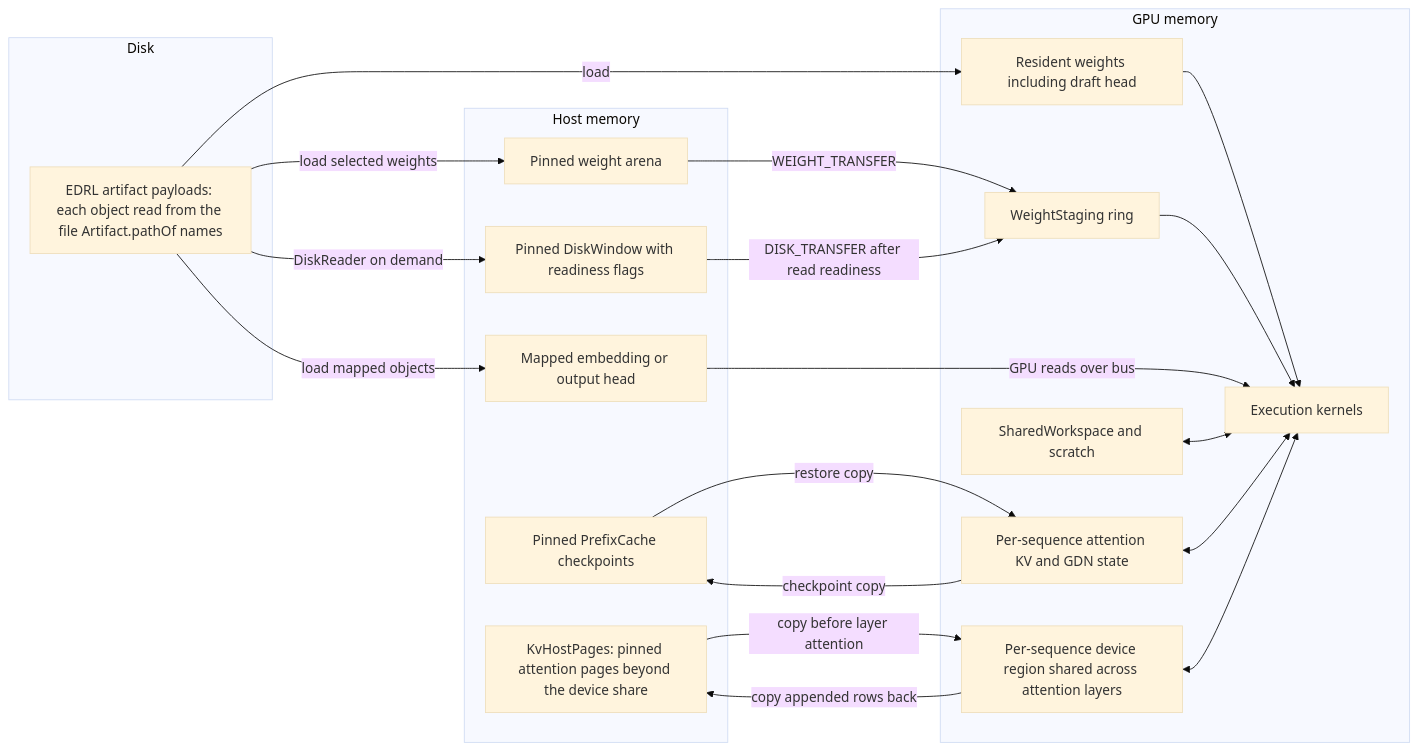
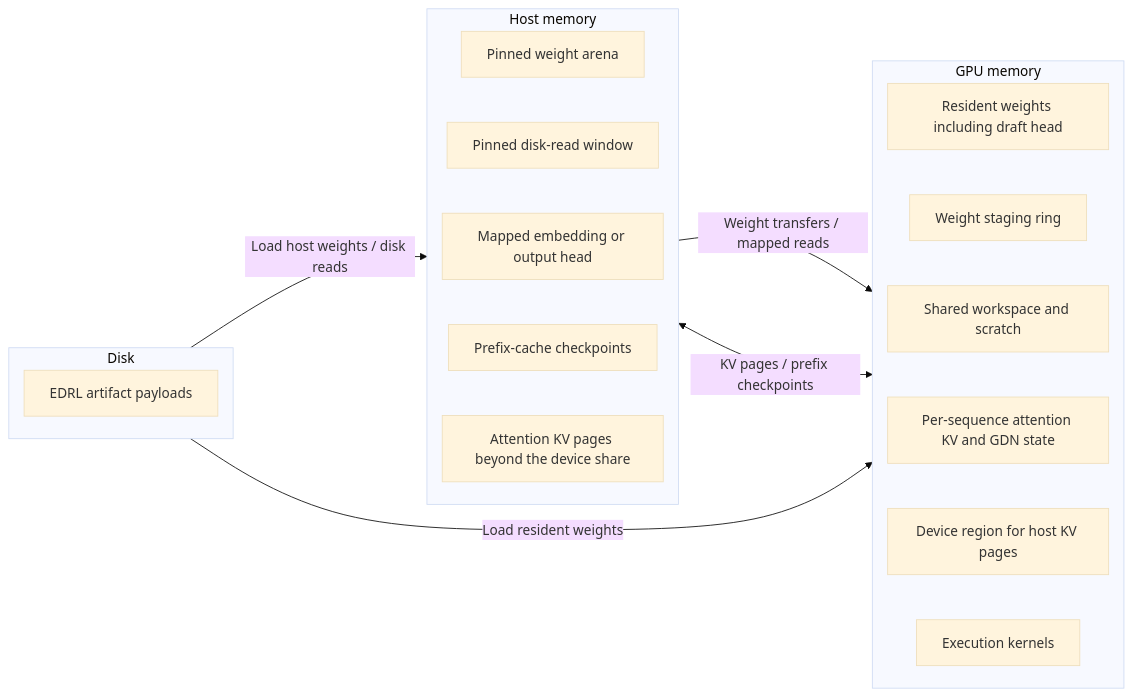
One commit to Euhedral-Engine/Euhedral changed the diagram in docs/architecture/04-memory-architecture.md. Above: the diagram before and after it, drawn with Mermaid (base theme). The commit also changed other lines of this file, not shown here.

Commit message:
docs: arrange memory diagram as disk, host, and GPU columns

````diff
--- a/docs/architecture/04-memory-architecture.md
+++ b/docs/architecture/04-memory-architecture.md
@@ -5,37 +5,31 @@
 ```mermaid
+%%{init: {"flowchart": {"nodeSpacing": 16, "rankSpacing": 28}}}%%
 flowchart LR
     subgraph Disk[Disk]
-        E[EDRL artifact payloads: each object read from the file Artifact.pathOf names]
+        direction TB
+        E[EDRL artifact payloads]
     end
     subgraph Host[Host memory]
+        direction TB
         Arena[Pinned weight arena]
-        Window[Pinned DiskWindow with readiness flags]
+        Window[Pinned disk-read window]
         Mapped[Mapped embedding or output head]
-        Prefix[Pinned PrefixCache checkpoints]
-        HostKV[KvHostPages: pinned attention pages beyond the device share]
+        Prefix[Prefix-cache checkpoints]
+        HostKV[Attention KV pages beyond the device share]
+        Arena ~~~ Window ~~~ Mapped ~~~ Prefix ~~~ HostKV
     end
-    subgraph Device[GPU memory]
+    subgraph GPU[GPU memory]
+        direction TB
         Resident[Resident weights including draft head]
-        Ring[WeightStaging ring]
+        Ring[Weight staging ring]
+        Workspace[Shared workspace and scratch]
+        State[Per-sequence attention KV and GDN state]
+        KVRegion[Device region for host KV pages]
         Compute[Execution kernels]
-        Workspace[SharedWorkspace and scratch]
-        State[Per-sequence attention KV and GDN state]
-        KVRegion[Per-sequence device region shared across attention layers]
+        Resident ~~~ Ring ~~~ Workspace ~~~ State ~~~ KVRegion ~~~ Compute
     end
-    E -->|load| Resident
-    E -->|load selected weights| Arena
-    E -->|DiskReader on demand| Window
-    E -->|load mapped objects| Mapped
-    Arena -->|WEIGHT_TRANSFER| Ring
-    Window -->|DISK_TRANSFER after read readiness| Ring
-    Resident --> Compute
-    Ring --> Compute
-    Mapped -->|GPU reads over bus| Compute
-    Workspace <--> Compute
-    State <--> Compute
-    State -->|checkpoint copy| Prefix
-    Prefix -->|restore copy| State
-    HostKV -->|copy before layer attention| KVRegion
-    KVRegion -->|copy appended rows back| HostKV
-    KVRegion <--> Compute
+    Disk -->|Load host weights / disk reads| Host
+    Host -->|Weight transfers / mapped reads| GPU
+    Disk -->|Load resident weights| GPU
+    Host <-->|KV pages / prefix checkpoints| GPU
 ```
````
